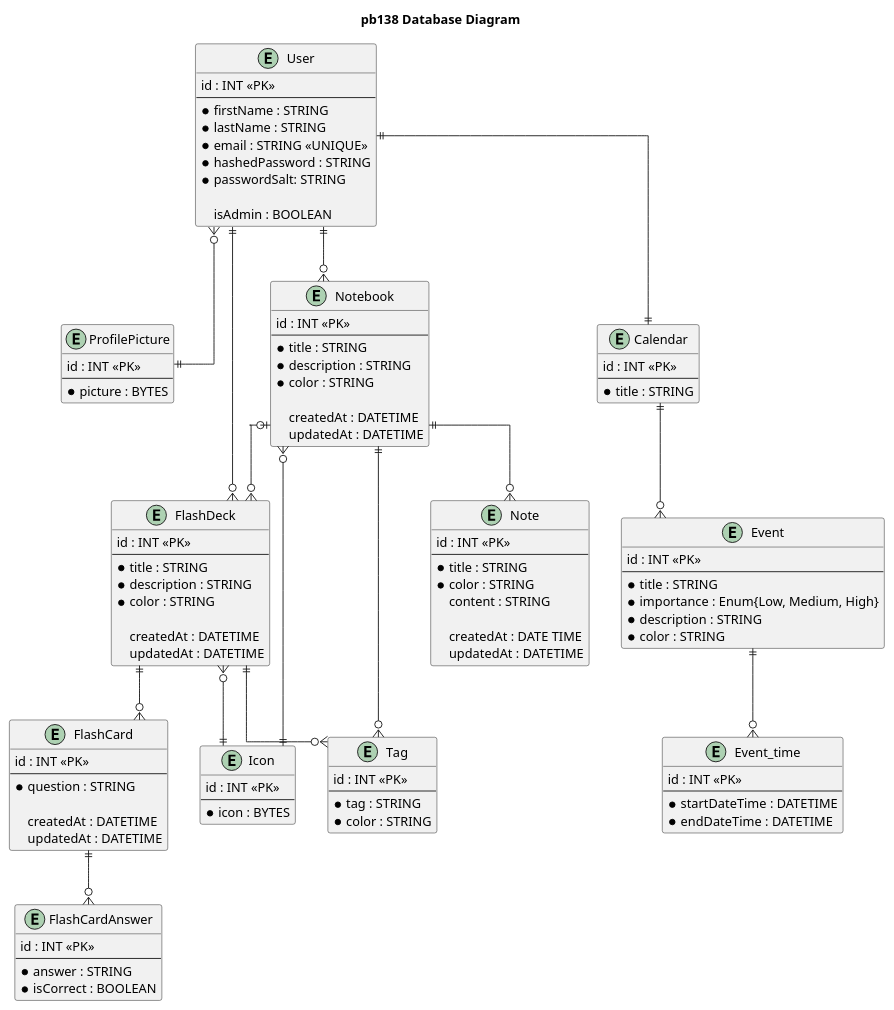
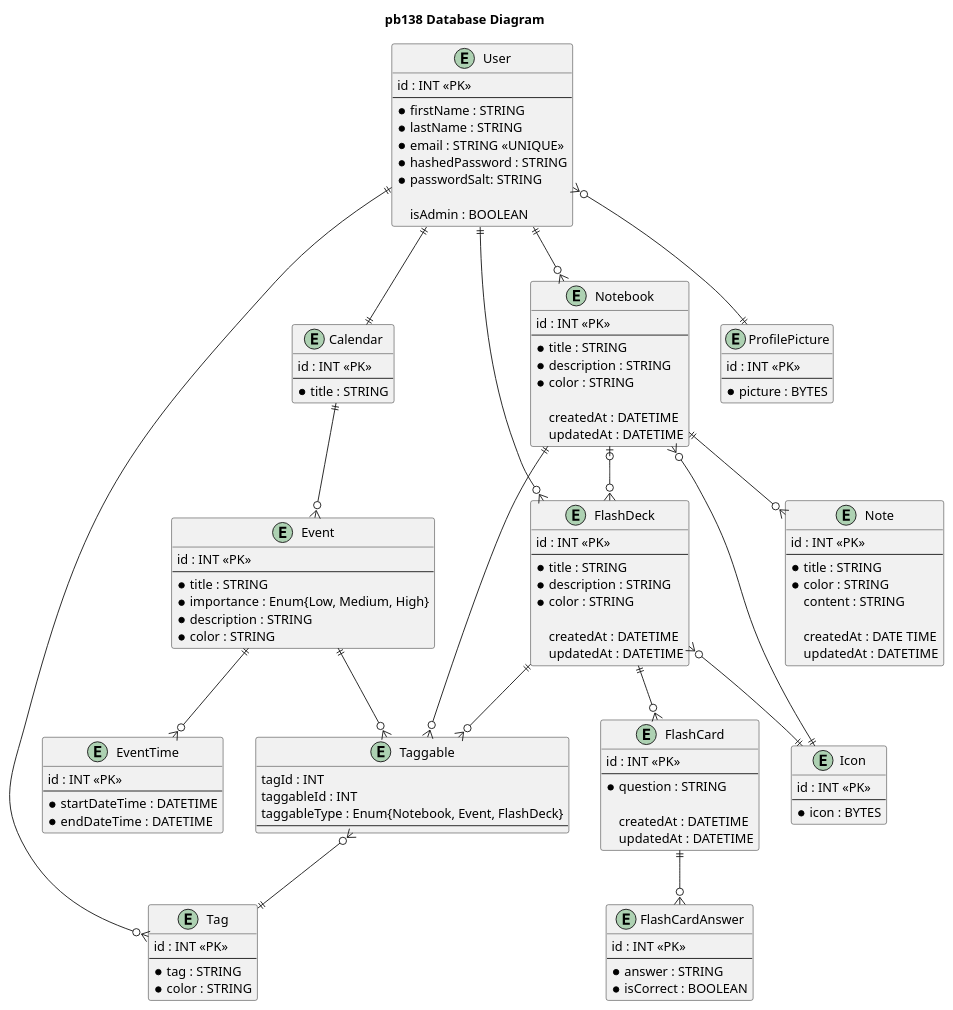
The diagram in backend/prisma/DataBaseConcept.puml (xbugar/web_dev), drawn with PlantUML before and after one commit. The commit also changed 10 other files, not shown here.

Commit message:
fix(database): add tags to schema

```diff
--- a/backend/prisma/DataBaseConcept.puml
+++ b/backend/prisma/DataBaseConcept.puml
@@ -1,125 +1,133 @@
 @startuml
-skinparam shadowing false
-skinparam linetype ortho
+'skinparam shadowing false
+'skinparam linetype ortho
 title pb138 Database Diagram
 
 entity User {
     id : INT <<PK>>
     --
     * firstName : STRING
     * lastName : STRING
     * email : STRING <<UNIQUE>>
     * hashedPassword : STRING
     * passwordSalt: STRING
 
     isAdmin : BOOLEAN
 }
 
 entity ProfilePicture {
     id : INT <<PK>>
     --
     * picture : BYTES
 }
 
 entity Icon {
     id : INT <<PK>>
     --
     * icon : BYTES
 }
 
 entity Notebook {
     id : INT <<PK>>
     --
     * title : STRING
     * description : STRING
     * color : STRING
 
     createdAt : DATETIME
     updatedAt : DATETIME
 }
 
 entity Note {
     id : INT <<PK>>
     --
     * title : STRING
     * color : STRING
     content : STRING
 
     createdAt : DATE TIME
     updatedAt : DATETIME
 }
 
 entity Calendar {
     id : INT <<PK>>
     --
     * title : STRING
 }
 
 entity Event {
     id : INT <<PK>>
     --
     * title : STRING
     * importance : Enum{Low, Medium, High}
     * description : STRING
     * color : STRING
 }
 
-entity Event_time {
+entity EventTime {
     id : INT <<PK>>
     --
     * startDateTime : DATETIME
     * endDateTime : DATETIME
 }
 
 entity FlashDeck {
     id : INT <<PK>>
     --
     * title : STRING
     * description : STRING
     * color : STRING
 
     createdAt : DATETIME
     updatedAt : DATETIME
 }
 
 entity FlashCard {
     id : INT <<PK>>
     --
     * question : STRING
 
     createdAt : DATETIME
     updatedAt : DATETIME
 }
 
 entity FlashCardAnswer {
     id : INT <<PK>>
     --
     * answer : STRING
     * isCorrect : BOOLEAN
 }
 
 entity Tag {
     id : INT <<PK>>
     --
     * tag : STRING
     * color : STRING
 }
 
+entity Taggable {
+    tagId : INT
+    taggableId : INT
+    taggableType : Enum{Notebook, Event, FlashDeck}
+    --
+}
 
 User            }o--|| ProfilePicture
 User            ||--o{ Notebook
 Notebook        ||--o{ Note
 User            ||--|| Calendar
 Calendar        ||--o{ Event
-Event           ||--o{ Event_time
+Event           ||--o{ EventTime
 User            ||--o{ FlashDeck
 FlashDeck       ||--o{ FlashCard
 FlashCard       ||--o{ FlashCardAnswer
 Notebook        |o--o{ FlashDeck
 Notebook        }o--|| Icon
 FlashDeck       }o--|| Icon
-FlashDeck       ||--o{ Tag
-Notebook        ||--o{ Tag
-
+User            ||-o{  Tag
+Notebook        ||--o{ Taggable
+FlashDeck       ||--o{ Taggable
+Event           ||--o{ Taggable
+Taggable        }o--|| Tag
 
 @enduml
```
